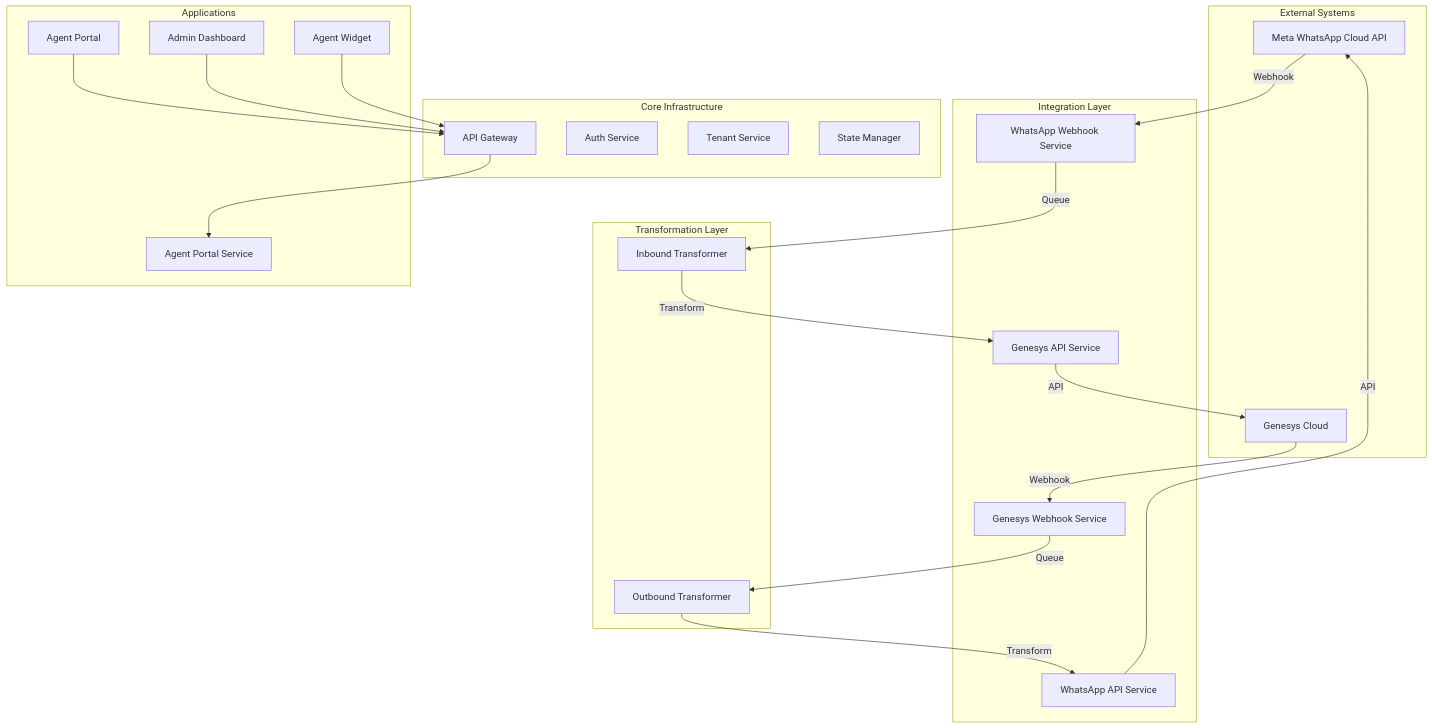
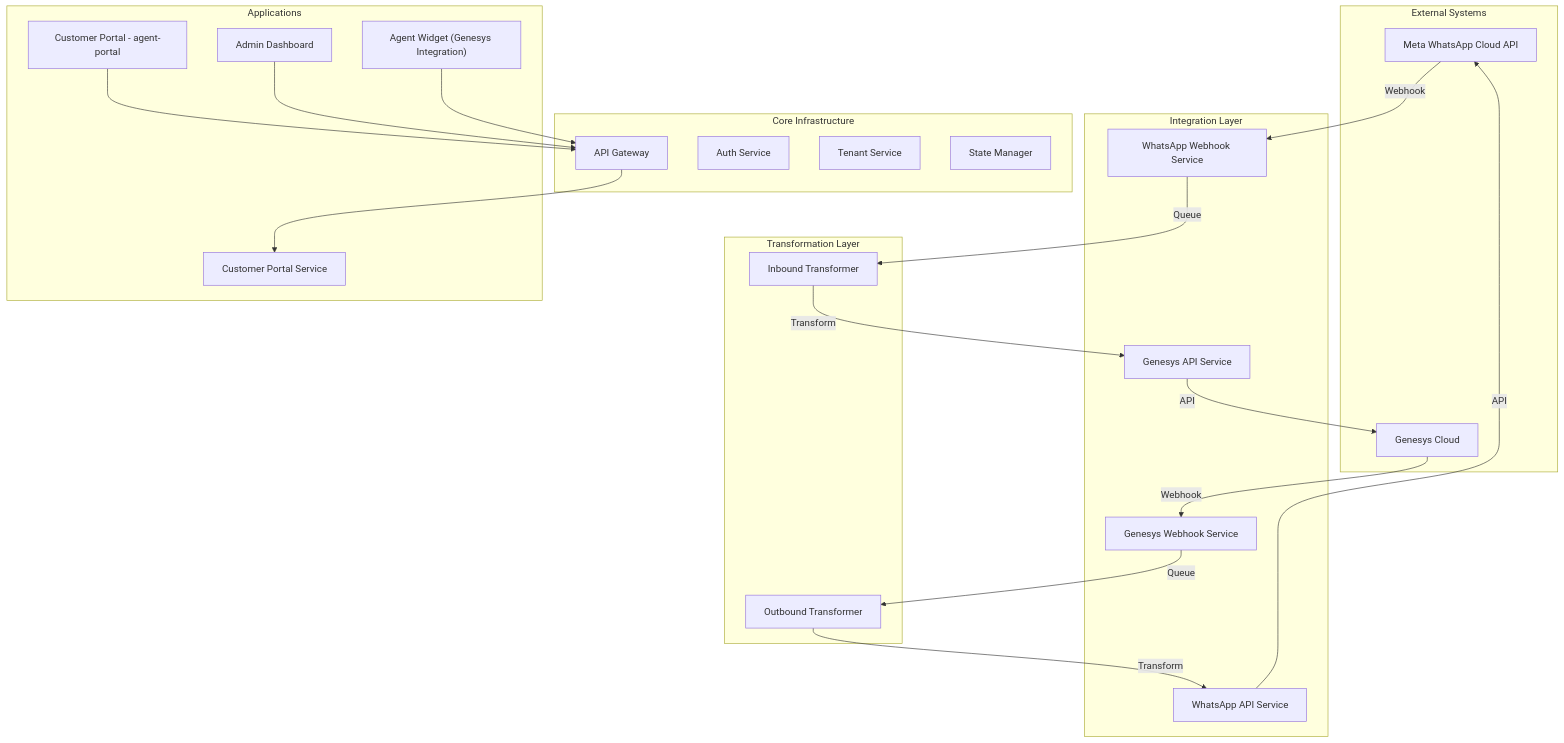
The diagram in system_architecture.md (shabibmr/waba-xypr), drawn with Mermaid before and after one commit. The commit also changed other lines of this file and 159 other files, not shown here.

````diff
--- a/system_architecture.md
+++ b/system_architecture.md
@@ -9,50 +9,50 @@
 ```mermaid
 graph TD
     subgraph "External Systems"
         Meta[Meta WhatsApp Cloud API]
         Genesys[Genesys Cloud]
     end
 
     subgraph "Core Infrastructure"
         Gateway[API Gateway]
         Auth[Auth Service]
         Tenant[Tenant Service]
         State[State Manager]
     end
 
     subgraph "Integration Layer"
         WA_Webhook[WhatsApp Webhook Service]
         WA_API[WhatsApp API Service]
         Gen_Webhook[Genesys Webhook Service]
         Gen_API[Genesys API Service]
     end
 
     subgraph "Transformation Layer"
         In_Trans[Inbound Transformer]
         Out_Trans[Outbound Transformer]
     end
 
     subgraph "Applications"
-        Agent_Portal[Agent Portal]
-        Agent_Portal_BE[Agent Portal Service]
+        Customer_Portal[Customer Portal - agent-portal]
+        Customer_Portal_BE[Customer Portal Service]
         Admin_Dash[Admin Dashboard]
-        Widget[Agent Widget]
+        Widget["Agent Widget (Genesys Integration)"]
     end
 
     %% Flows
     Meta -->|Webhook| WA_Webhook
     WA_Webhook -->|Queue| In_Trans
     In_Trans -->|Transform| Gen_API
     Gen_API -->|API| Genesys
 
     Genesys -->|Webhook| Gen_Webhook
     Gen_Webhook -->|Queue| Out_Trans
     Out_Trans -->|Transform| WA_API
     WA_API -->|API| Meta
 
     %% Apps
-    Agent_Portal --> Gateway
-    Gateway --> Agent_Portal_BE
+    Customer_Portal --> Gateway
+    Gateway --> Customer_Portal_BE
     Admin_Dash --> Gateway
     Widget --> Gateway
 ```
````
